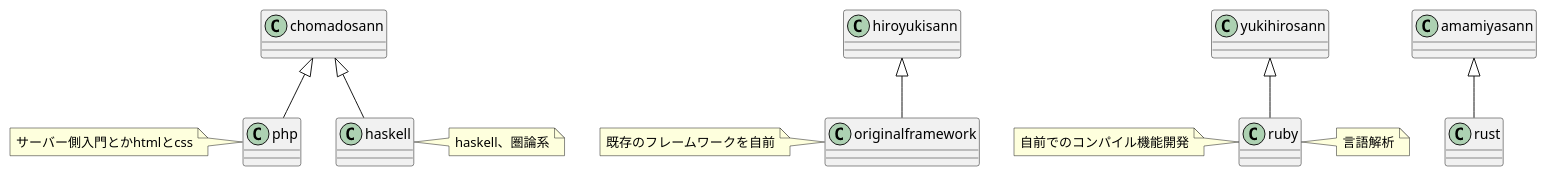
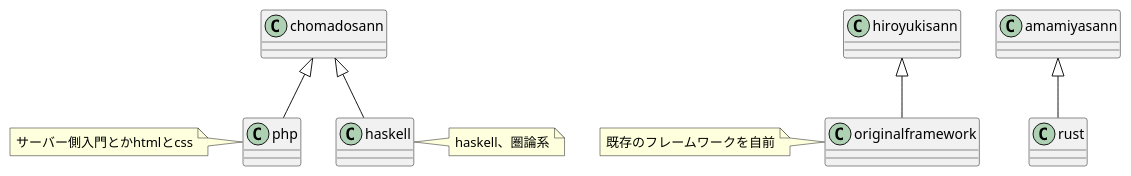
One commit to sakuriver/TechReport changed the second of 3 diagrams in GeekFes2022Spring/mysummary.puml. Above: the diagram before and after it, drawn with PlantUML. The commit also changed 4 other files, not shown here.

```diff
--- a/GeekFes2022Spring/mysummary.puml
+++ b/GeekFes2022Spring/mysummary.puml
@@ -21,16 +21,13 @@
 @startuml sessionreport
 
 chomadosann <|-- php
 note left of php: サーバー側入門とかhtmlとcss
 chomadosann <|-- haskell
 note right of haskell: haskell、圏論系
 
 hiroyukisann <|-- originalframework
 note left of originalframework: 既存のフレームワークを自前
 amamiyasann <|-- rust
 
-yukihirosann <|-- ruby
-note left of ruby: 自前でのコンパイル機能開発
-note right of ruby: 言語解析
 
 @enduml
```
